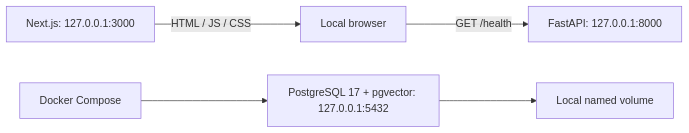
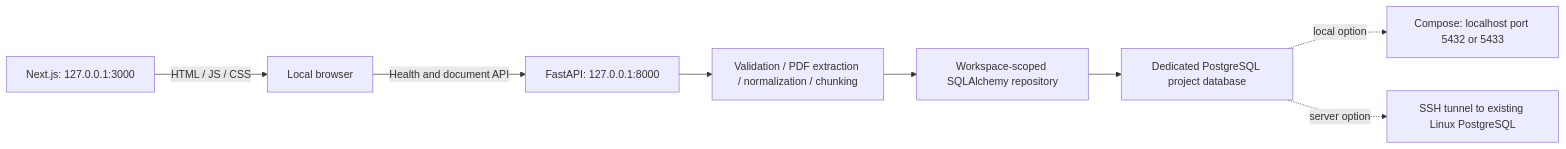
Before and after one commit to davRein/ai-knowledge-hub: the diagram in docs/architecture.md, drawn with Mermaid. The commit also changed other lines of this file and 104 other files, not shown here.

````diff
--- a/docs/architecture.md
+++ b/docs/architecture.md
@@ -5,7 +5,10 @@
 ```mermaid
 flowchart LR
     Next[Next.js: 127.0.0.1:3000] -->|HTML / JS / CSS| Browser[Local browser]
-    Browser -->|GET /health| API[FastAPI: 127.0.0.1:8000]
-    Compose[Docker Compose] --> DB[PostgreSQL 17 + pgvector: 127.0.0.1:5432]
-    DB --> Volume[Local named volume]
+    Browser -->|Health and document API| API[FastAPI: 127.0.0.1:8000]
+    API --> Services[Validation / PDF extraction / normalization / chunking]
+    Services --> Repository[Workspace-scoped SQLAlchemy repository]
+    Repository --> DB[Dedicated PostgreSQL project database]
+    DB -. local option .-> Compose[Compose: localhost port 5432 or 5433]
+    DB -. server option .-> Tunnel[SSH tunnel to existing Linux PostgreSQL]
 ```
````
